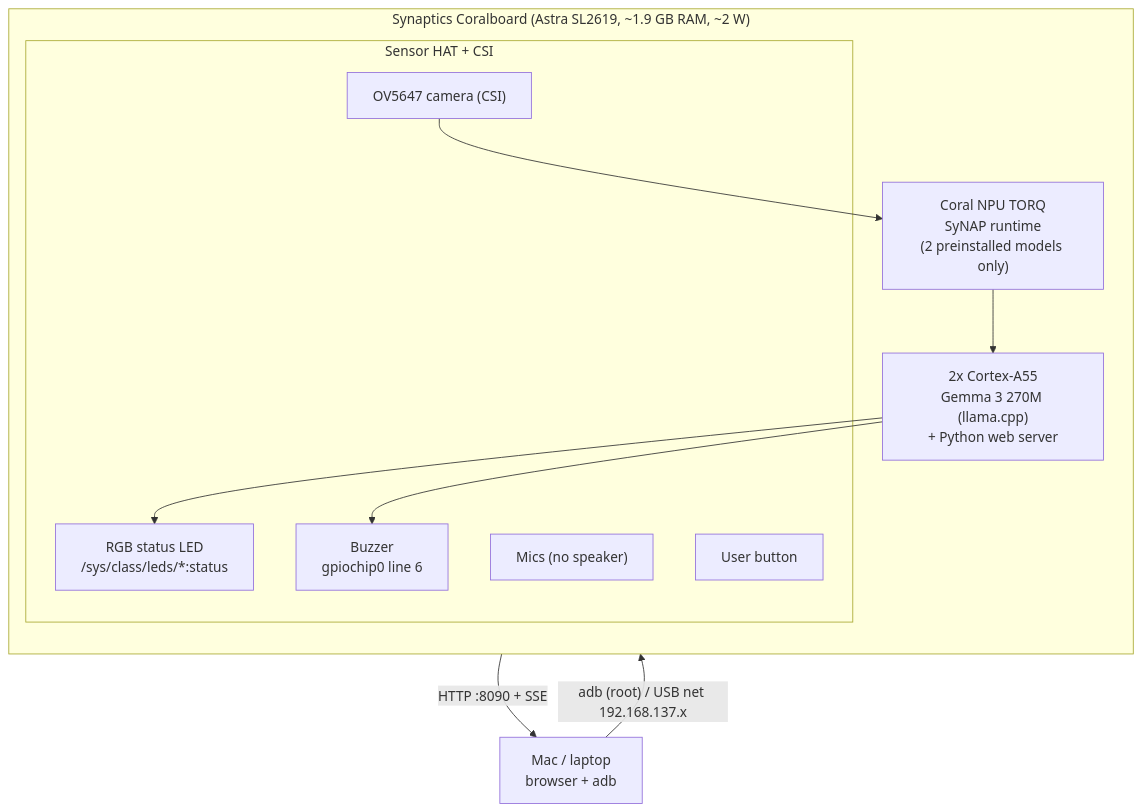
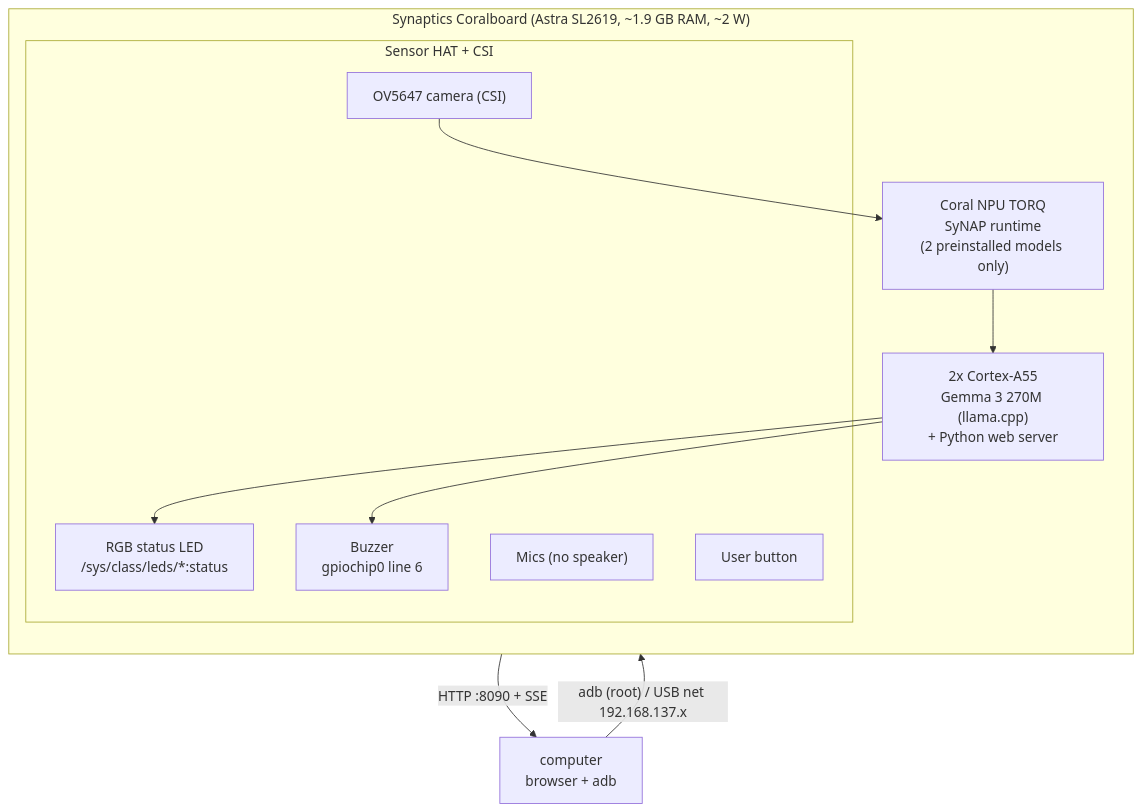
Before and after one commit to ykro/coralboard-demos: the first of 3 diagrams in README.md, drawn with Mermaid. The commit also changed other lines of this file and 14 other files, not shown here.

````diff
--- a/README.md
+++ b/README.md
@@ -25,21 +32,21 @@
 ```mermaid
 flowchart TB
   subgraph Board["Synaptics Coralboard (Astra SL2619, ~1.9 GB RAM, ~2 W)"]
     direction TB
     NPU["Coral NPU TORQ<br/>SyNAP runtime<br/>(2 preinstalled models only)"]
     CPU["2x Cortex-A55<br/>Gemma 3 270M (llama.cpp)<br/>+ Python web server"]
     subgraph HAT["Sensor HAT + CSI"]
       CAM["OV5647 camera (CSI)"]
       LED["RGB status LED<br/>/sys/class/leds/*:status"]
       BUZ["Buzzer<br/>gpiochip0 line 6"]
       MIC["Mics (no speaker)"]
       BTN["User button"]
     end
   end
-  Host["Mac / laptop<br/>browser + adb"]
+  Host["computer<br/>browser + adb"]
   CAM --> NPU
   NPU --> CPU
   CPU --> LED & BUZ
   CPU -- "HTTP :8090 + SSE" --> Host
   Host -- "adb (root) / USB net 192.168.137.x" --> CPU
 ```
````
